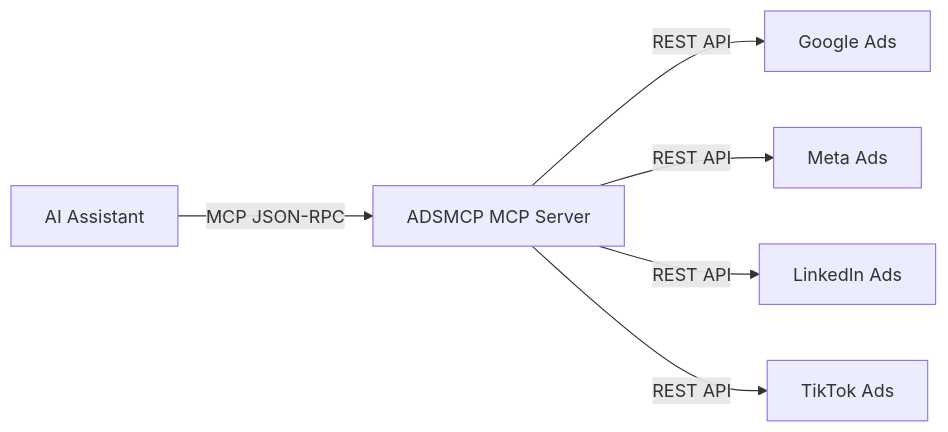
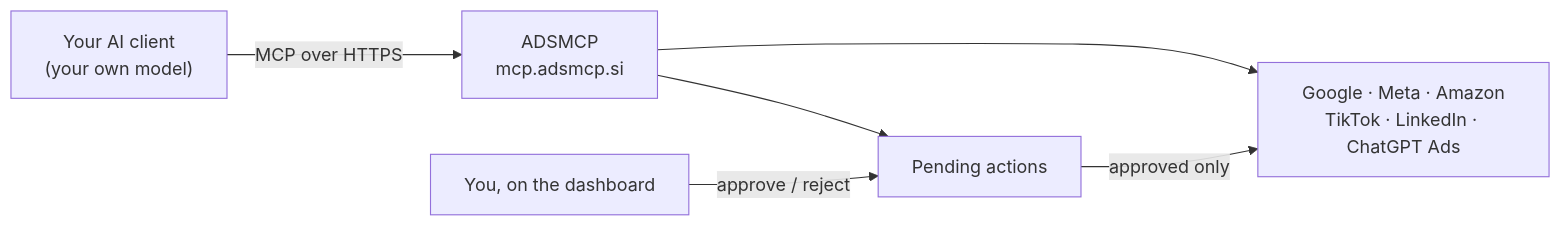
Before and after one commit to gao51-qw/adsmcp-docs: the diagram in mcp.mdx, drawn with Mermaid. The commit also changed other lines of this file and 33 other files, not shown here.

````diff
--- a/mcp.mdx
+++ b/mcp.mdx
@@ -13,8 +9,8 @@
-```mermaid theme={"theme":{"light":"github-light","dark":"github-dark"}}
+```mermaid
 flowchart LR
-    A[AI Assistant] -->|MCP JSON-RPC| B[ADSMCP MCP Server]
-    B -->|REST API| C[Google Ads]
-    B -->|REST API| D[Meta Ads]
-    B -->|REST API| E[LinkedIn Ads]
-    B -->|REST API| F[TikTok Ads]
+    A["Your AI client<br/>(your own model)"] -->|"MCP over HTTPS"| B["ADSMCP<br/>mcp.adsmcp.si"]
+    B --> C["Google · Meta · Amazon<br/>TikTok · LinkedIn · ChatGPT Ads"]
+    B --> D["Pending actions"]
+    E["You, on the dashboard"] -->|approve / reject| D
+    D -->|approved only| C
 ```
````
